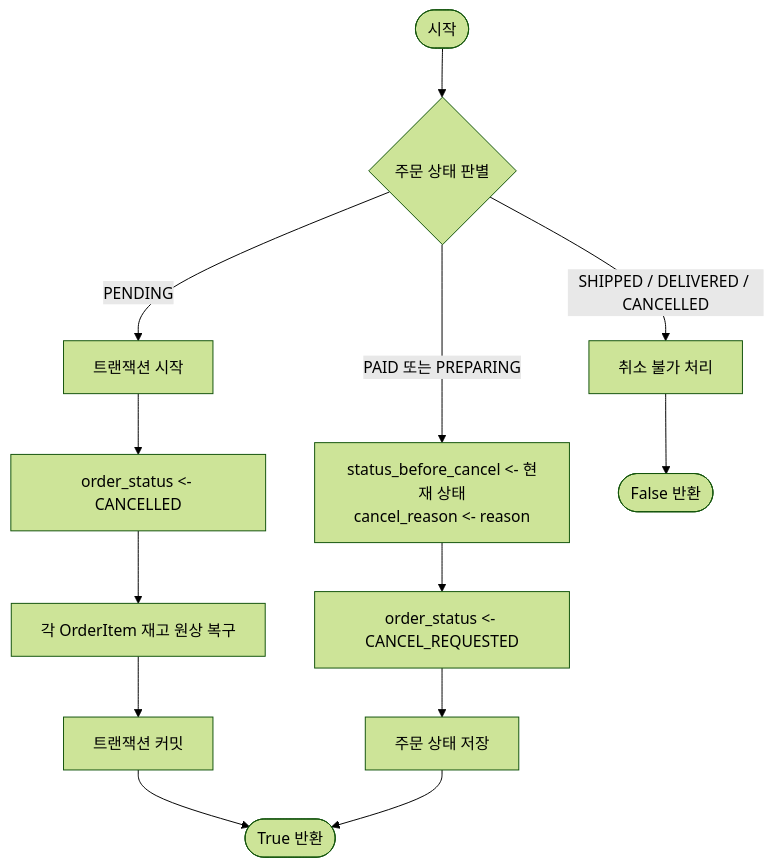
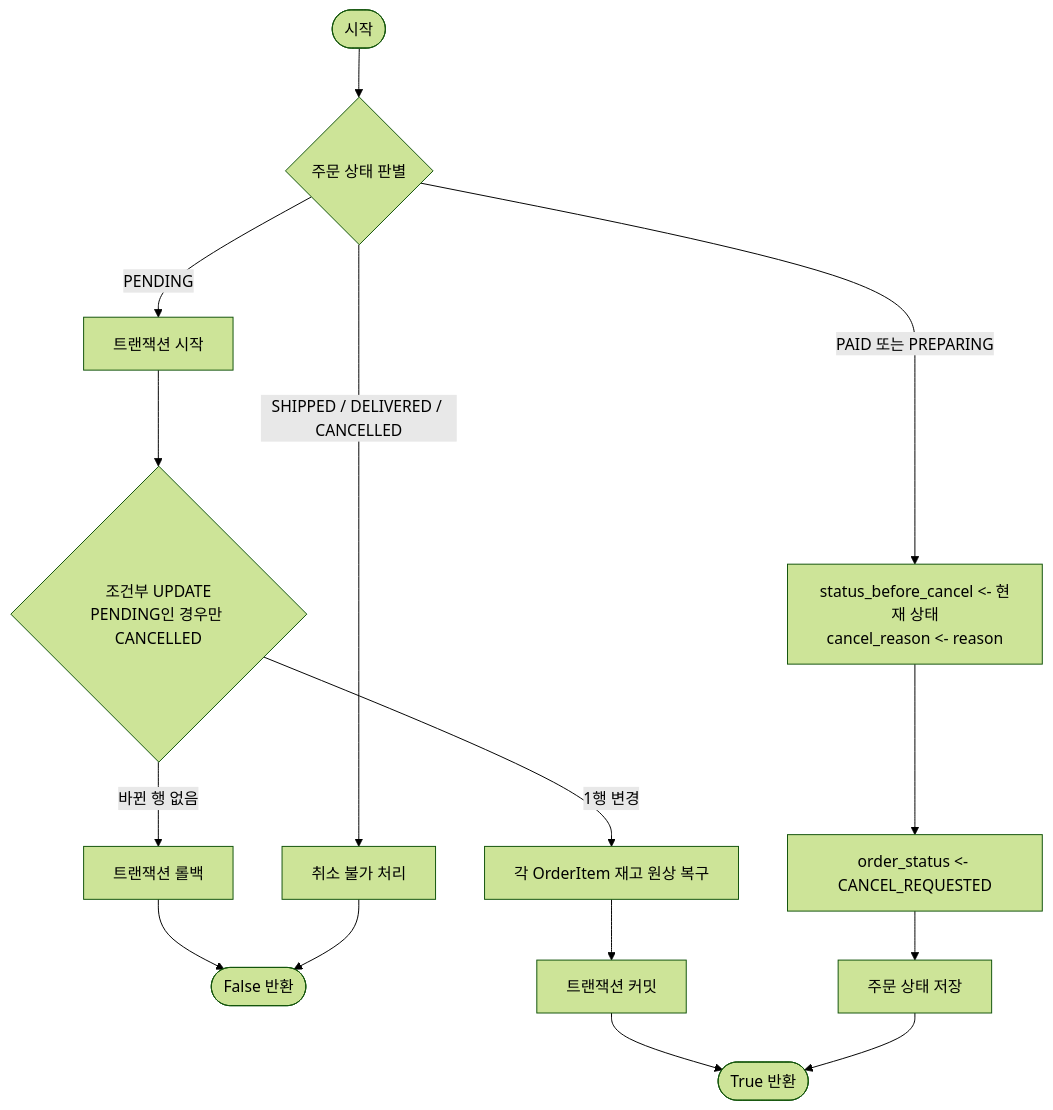
One commit to seren-wib/coffee-shop changed the second of 2 diagrams in docs/backend/method-algorithms.md. Above: the diagram before and after it, drawn with Mermaid (forest theme). The commit also changed other lines of this file and 1 other file, not shown here.

First line of the commit message:
docs(backend): use conditional updates for stock and status

````diff
--- a/docs/backend/method-algorithms.md
+++ b/docs/backend/method-algorithms.md
@@ -193,16 +193,17 @@
 ```mermaid
 flowchart TD
     Start([시작]) --> CheckStatus{주문 상태 판별}
     
     CheckStatus -- PENDING --> StartTx[트랜잭션 시작]
-    StartTx --> SetCancelled[order_status <- CANCELLED]
-    SetCancelled --> RestoreStock[각 OrderItem 재고 원상 복구]
+    StartTx --> SetCancelled{조건부 UPDATE<br>PENDING인 경우만 CANCELLED}
+    SetCancelled -- 바뀐 행 없음 --> RollbackDup[트랜잭션 롤백] --> ReturnFalse
+    SetCancelled -- 1행 변경 --> RestoreStock[각 OrderItem 재고 원상 복구]
     RestoreStock --> CommitTx[트랜잭션 커밋] --> ReturnTrue([True 반환])
     
     CheckStatus -- PAID 또는 PREPARING --> SaveBefore[status_before_cancel <- 현재 상태<br>cancel_reason <- reason]
     SaveBefore --> SetReq[order_status <- CANCEL_REQUESTED]
     SetReq --> SaveOrder[주문 상태 저장] --> ReturnTrue
     
     CheckStatus -- SHIPPED / DELIVERED / CANCELLED --> Reject[취소 불가 처리]
     Reject --> ReturnFalse([False 반환])
 ```
````
